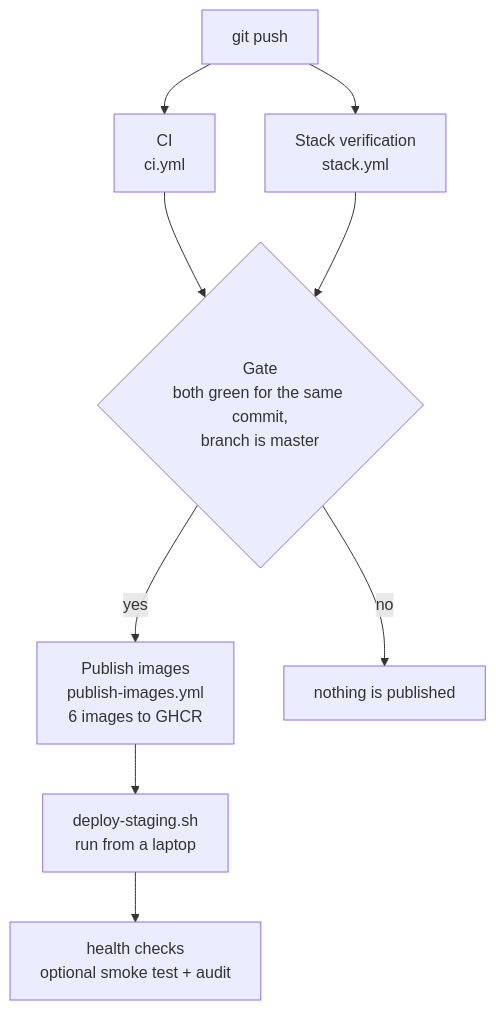
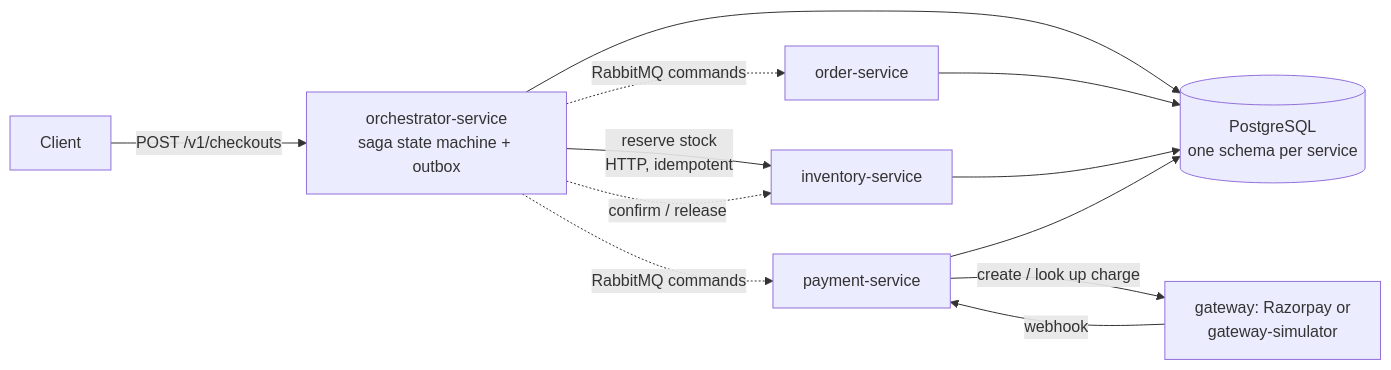
The diagram in .github/README.md (chrisfonseca8/distri), drawn with Mermaid before and after one commit. The commit also changed other lines of this file, not shown here.

````diff
--- a/.github/README.md
+++ b/.github/README.md
@@ -5,11 +28,14 @@
 ```mermaid
-flowchart TD
-    P[git push] --> CI[CI<br/>ci.yml]
-    P --> ST[Stack verification<br/>stack.yml]
-    CI --> G{Gate<br/>both green for the same commit,<br/>branch is master}
-    ST --> G
-    G -->|yes| PUB[Publish images<br/>publish-images.yml<br/>6 images to GHCR]
-    G -->|no| X[nothing is published]
-    PUB --> D[deploy-staging.sh<br/>run from a laptop]
-    D --> H[health checks<br/>optional smoke test + audit]
+flowchart LR
+    C[Client] -->|POST /v1/checkouts| O[orchestrator-service<br/>saga state machine + outbox]
+    O -->|reserve stock<br/>HTTP, idempotent| I[inventory-service]
+    O -. RabbitMQ commands .-> R[order-service]
+    O -. RabbitMQ commands .-> P[payment-service]
+    O -. confirm / release .-> I
+    P -->|create / look up charge| G[gateway: Razorpay or<br/>gateway-simulator]
+    G -->|webhook| P
+    O --> DB[(PostgreSQL<br/>one schema per service)]
+    R --> DB
+    I --> DB
+    P --> DB
 ```
````
